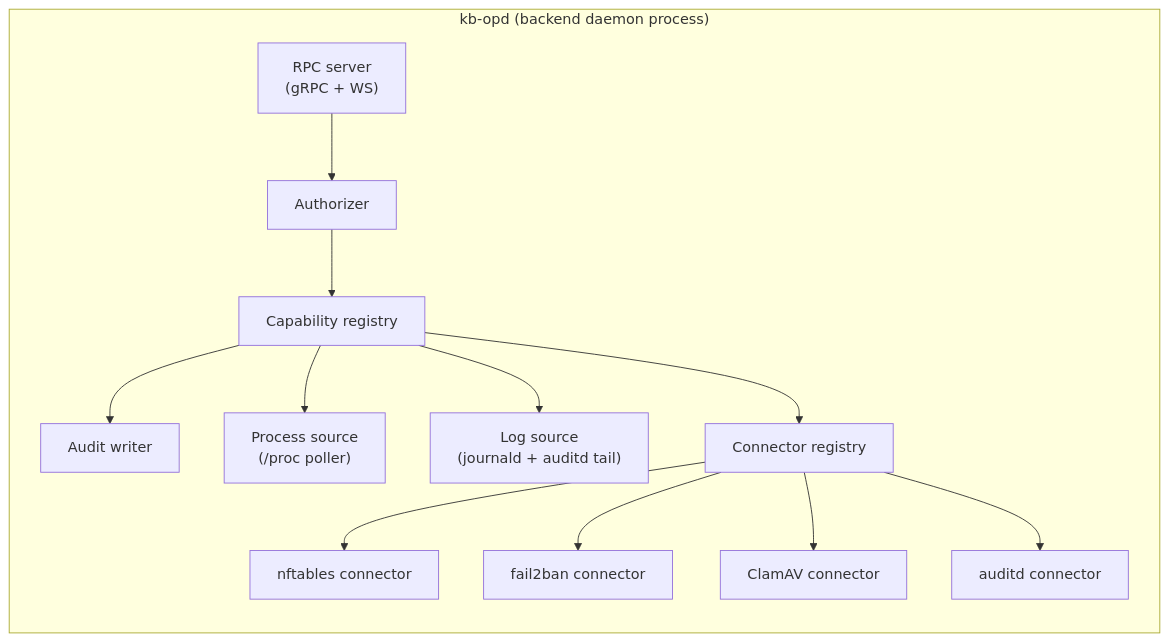
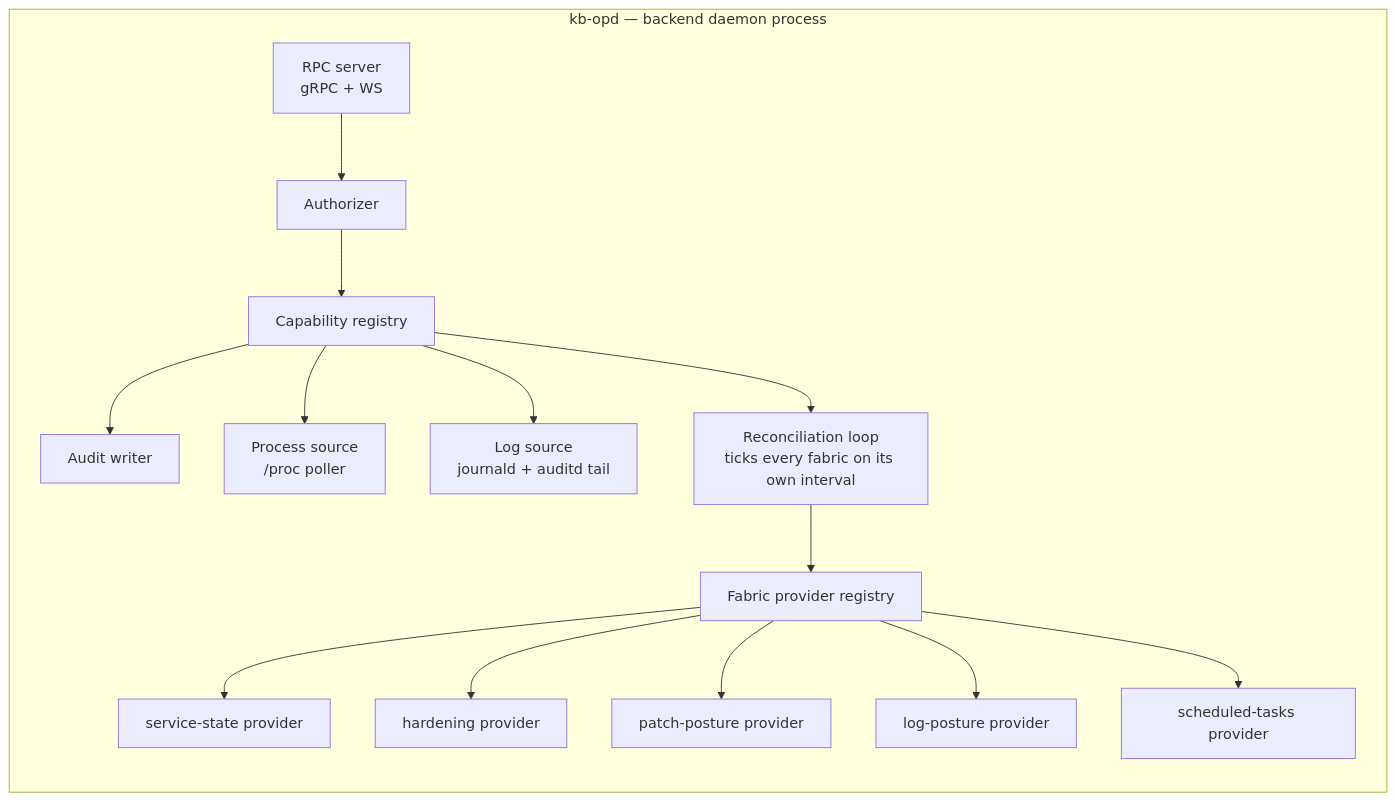
Before and after one commit to pardhuvarmax/kernel-borderlands: the second of 9 diagrams in docs/emergency-backup/kb-op.md, drawn with Mermaid. The commit also changed other lines of this file, not shown here.

````diff
--- a/docs/emergency-backup/kb-op.md
+++ b/docs/emergency-backup/kb-op.md
@@ -198,27 +226,31 @@
 ```mermaid
 flowchart LR
-    subgraph Daemon["kb-opd (backend daemon process)"]
+    subgraph Daemon["kb-opd — backend daemon process"]
         direction TB
-        RPC["RPC server\n(gRPC + WS)"]
+        RPC["RPC server<br/>gRPC + WS"]
         AZ["Authorizer"]
         REG["Capability registry"]
         AUD["Audit writer"]
-        PS["Process source\n(/proc poller)"]
-        LOGS["Log source\n(journald + auditd tail)"]
-        REGC["Connector registry"]
-        CNFT["nftables connector"]
-        CF2B["fail2ban connector"]
-        CCLAM["ClamAV connector"]
-        CAUDITD["auditd connector"]
+        PS["Process source<br/>/proc poller"]
+        LOGS["Log source<br/>journald + auditd tail"]
+        RECON["Reconciliation loop<br/>ticks every fabric on its own interval"]
+        PREG["Fabric provider registry"]
+        PSVC["service-state provider"]
+        PHARD["hardening provider"]
+        PPATCH["patch-posture provider"]
+        PLOG["log-posture provider"]
+        PCRON["scheduled-tasks provider"]
     end
 
     RPC --> AZ --> REG
     REG --> AUD
     REG --> PS
     REG --> LOGS
-    REG --> REGC
-    REGC --> CNFT
-    REGC --> CF2B
-    REGC --> CCLAM
-    REGC --> CAUDITD
+    REG --> RECON
+    RECON --> PREG
+    PREG --> PSVC
+    PREG --> PHARD
+    PREG --> PPATCH
+    PREG --> PLOG
+    PREG --> PCRON
 ```
````
